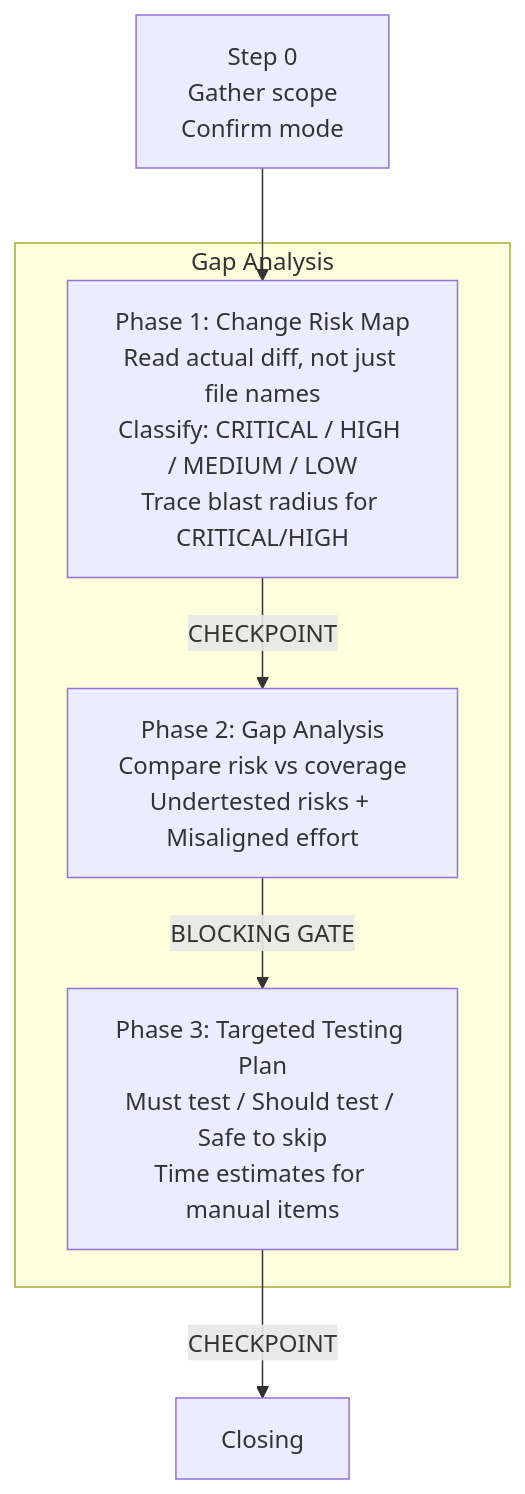
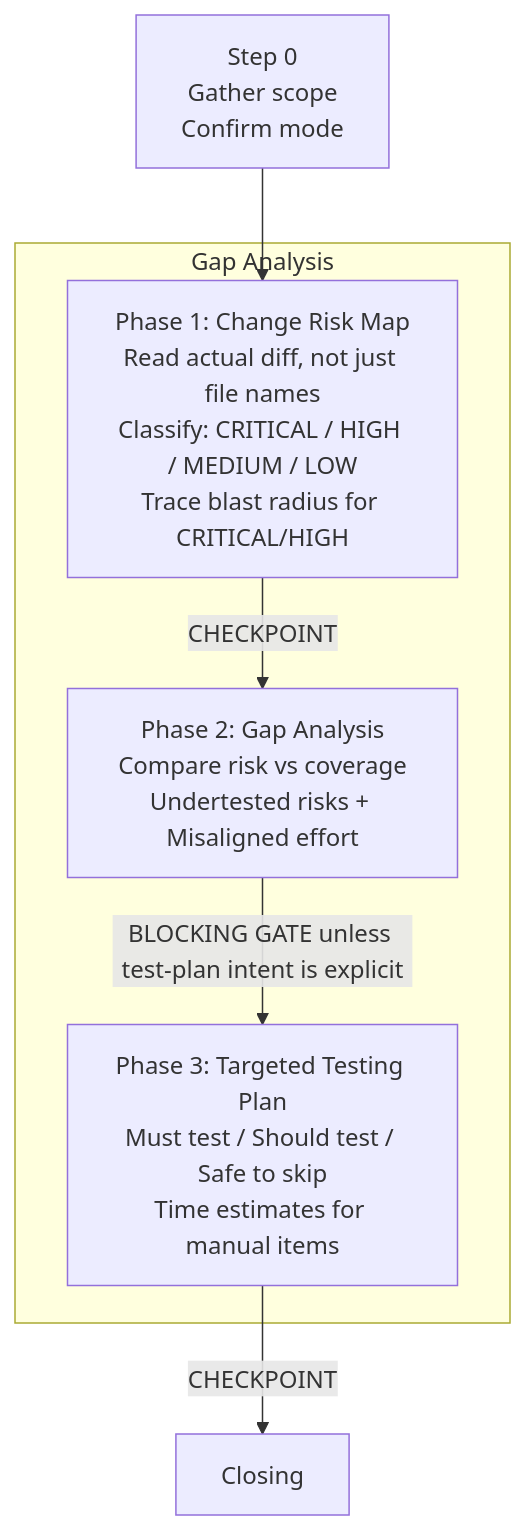
One commit to blundergoat/goat-flow changed the ninth of 9 diagrams in docs/skills.md. Above: the diagram before and after it, drawn with Mermaid. The commit also changed other lines of this file and 31 other files, not shown here.

````diff
--- a/docs/skills.md
+++ b/docs/skills.md
@@ -299,12 +307,12 @@
 ```mermaid
 flowchart TD
     S0["Step 0\nGather scope\nConfirm mode"] --> P1
 
     subgraph GapAnalysis["Gap Analysis"]
         P1["Phase 1: Change Risk Map\nRead actual diff, not just file names\nClassify: CRITICAL / HIGH / MEDIUM / LOW\nTrace blast radius for CRITICAL/HIGH"]
         P1 -->|"CHECKPOINT"| P2["Phase 2: Gap Analysis\nCompare risk vs coverage\nUndertested risks + Misaligned effort"]
-        P2 -->|"BLOCKING GATE"| P3["Phase 3: Targeted Testing Plan\nMust test / Should test / Safe to skip\nTime estimates for manual items"]
+        P2 -->|"BLOCKING GATE unless test-plan intent is explicit"| P3["Phase 3: Targeted Testing Plan\nMust test / Should test / Safe to skip\nTime estimates for manual items"]
     end
 
     P3 -->|"CHECKPOINT"| Close["Closing"]
 ```
````
